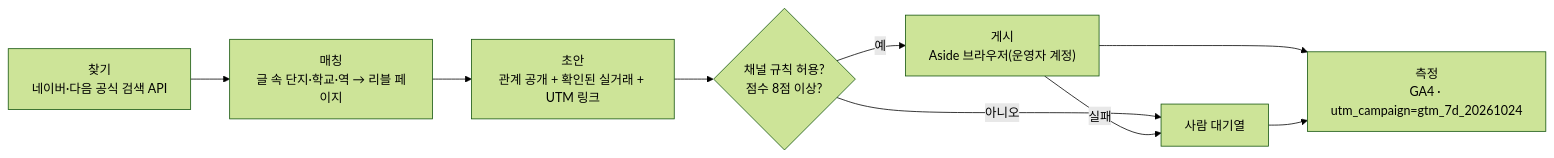
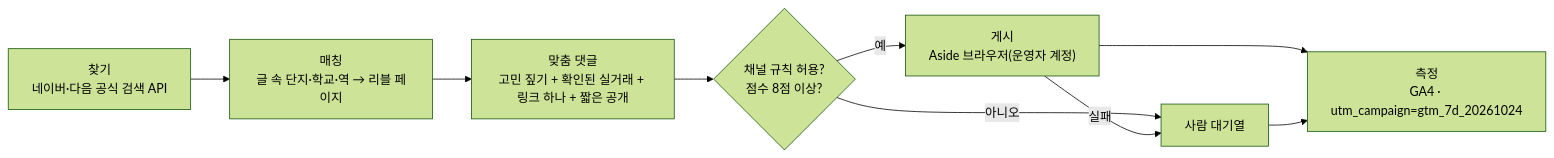
The diagram in README.md (exclusiveyon-a11y/reevl-clone-loop-day), drawn with Mermaid (forest theme) before and after one commit. The commit also changed other lines of this file and 10 other files, not shown here.

````diff
--- a/README.md
+++ b/README.md
@@ -8,11 +8,11 @@
 ```mermaid
 flowchart LR
   A["찾기<br/>네이버·다음 공식 검색 API"] --> B["매칭<br/>글 속 단지·학교·역 → 리블 페이지"]
-  B --> C["초안<br/>관계 공개 + 확인된 실거래 + UTM 링크"]
+  B --> C["맞춤 댓글<br/>고민 짚기 + 확인된 실거래 + 링크 하나 + 짧은 공개"]
   C --> D{"채널 규칙 허용?<br/>점수 8점 이상?"}
   D -- 예 --> E["게시<br/>Aside 브라우저(운영자 계정)"]
   D -- 아니오 --> H["사람 대기열"]
   E -- 실패 --> H
   E --> F["측정<br/>GA4 · utm_campaign=gtm_7d_20261024"]
   H --> F
 ```
````
